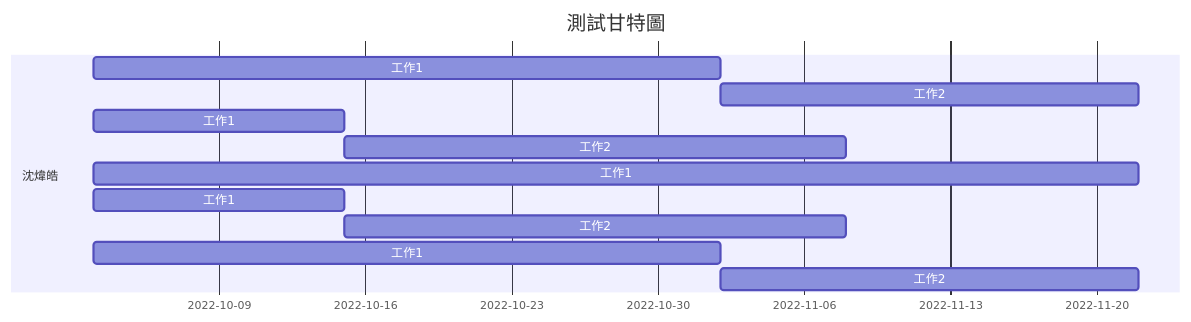
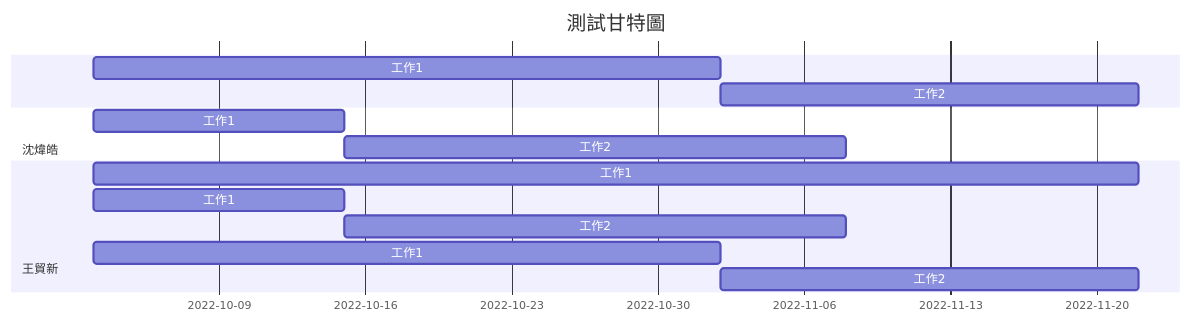
The diagram in hw2.md (Shen-Wei-Hao/2022-3a), drawn with Mermaid before and after one commit.

````diff
--- a/hw2.md
+++ b/hw2.md
@@ -1,23 +1,23 @@
 ```mermaid
 gantt
     title 測試甘特圖
 
     section 沈煒皓
     工作1 :a1, 2022-10-03, 30d
     工作2 :after a1  , 20d
     
-    section 沈煒皓
+    section 王貿新
     工作1 :2022-10-03  , 12d
     工作2 : 24d
     
     section 沈煒皓
     工作1 :2022-10-03, 50d
     
     section 沈煒皓
     工作1 :2022-10-03  , 12d
     工作2 : 24d
     
     section 沈煒皓
     工作1 :a1, 2022-10-03, 30d
     工作2 :after a1  , 20d
 ```
````
